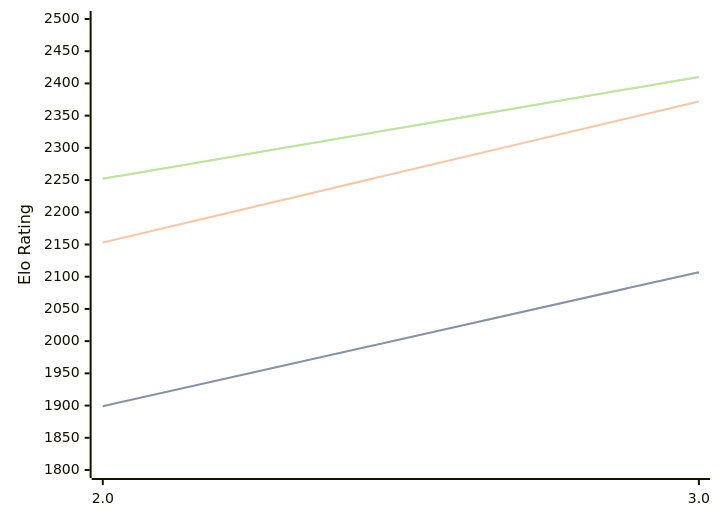
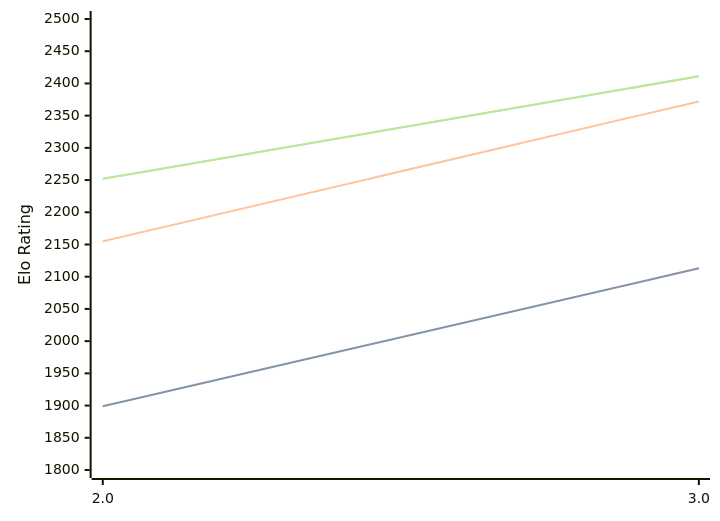
One commit to computer-chess-index/cci changed the diagram in engines/Zeno.md. Above: the diagram before and after it, drawn with Mermaid. The commit also changed other lines of this file, not shown here.

Commit message:
Update CCI Ratings (ELO VLTC) - 2026-08-29

````diff
--- a/engines/Zeno.md
+++ b/engines/Zeno.md
@@ -32,11 +32,11 @@
 ```mermaid
 %%{init: {"theme":"base","themeVariables":{"seriesColors:['#a3a3a3','#222221','#faa371']}}}%%
 xychart-beta
   x-axis ["2.0", "3.0"]
   y-axis "Elo Rating" 1800 --> 2500
-  line "" [1899, 2107]
-  line "STC (8.0+0.08s)" [1899, 2107]
-  line "LTC (60.0+0.60s)" [2153, 2372]
-  line "" [2252, 2410]
-  line "VLTC (2m24s+1.12s)" [2252, 2410]
+  line "" [1899, 2113]
+  line "STC (8.0+0.08s)" [1899, 2113]
+  line "LTC (60.0+0.60s)" [2155, 2372]
+  line "" [2252, 2411]
+  line "VLTC (2m24s+1.12s)" [2252, 2411]
 ```
````
